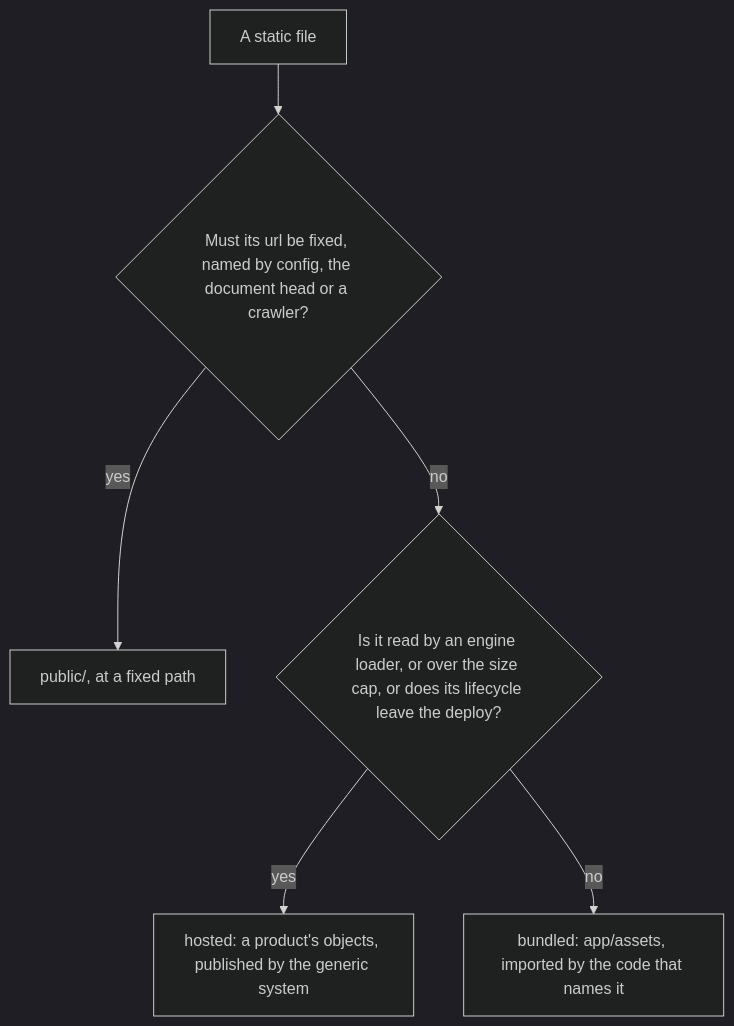
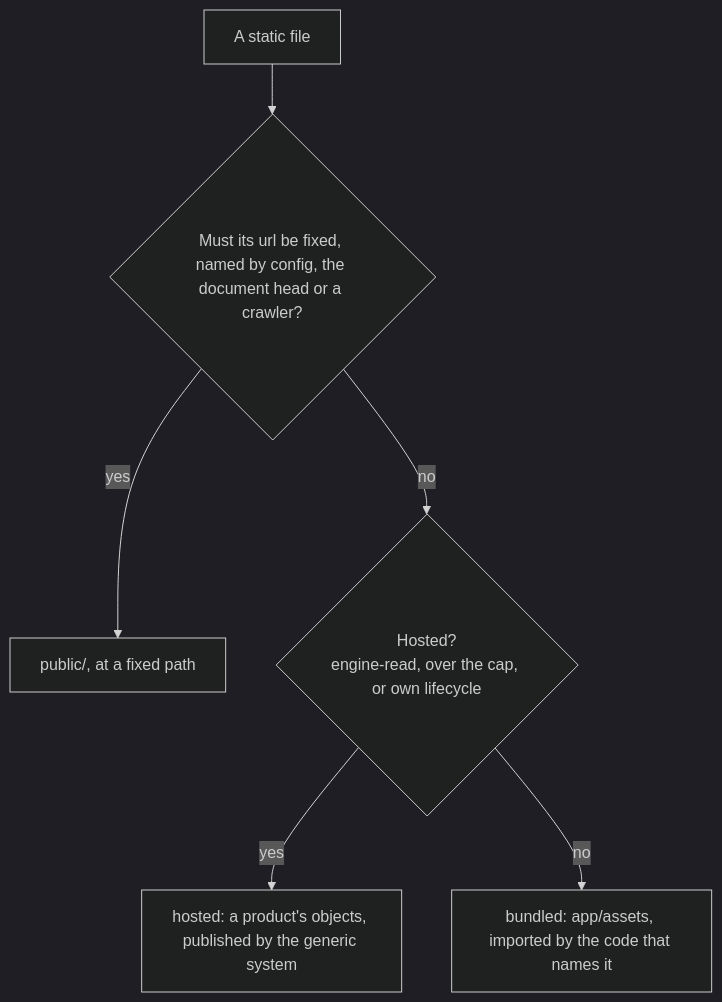
Before and after one commit to Esposter/Esposter: the first of 2 diagrams in openspec/changes/architecture-hosted-assets/design.md, drawn with Mermaid (dark theme). The commit also changed other lines of this file and 6 other files, not shown here.

````diff
--- a/openspec/changes/architecture-hosted-assets/design.md
+++ b/openspec/changes/architecture-hosted-assets/design.md
@@ -11,8 +11,8 @@
 ```mermaid
 flowchart TD
   File["A static file"] --> Fixed{"Must its url be fixed, named by config, the document head or a crawler?"}
   Fixed -->|yes| Public["public/, at a fixed path"]
-  Fixed -->|no| Engine{"Is it read by an engine loader, or over the size cap, or does its lifecycle leave the deploy?"}
+  Fixed -->|no| Engine{"Hosted?<br/>engine-read, over the cap, or own lifecycle"}
   Engine -->|yes| Hosted["hosted: a product's objects, published by the generic system"]
   Engine -->|no| Bundled["bundled: app/assets, imported by the code that names it"]
 ```
````
